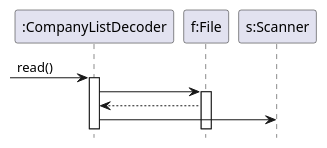
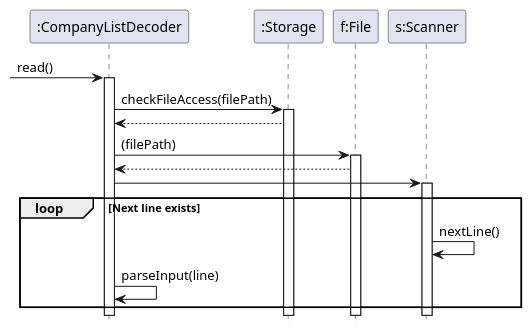
One commit to nus-cs2113-AY2223S2/tp changed the diagram in docs/UML/Decoder.puml. Above: the diagram before and after it, drawn with PlantUML.

Commit message:
Update details of Storage Decoder sequence diagram

```diff
--- a/docs/UML/Decoder.puml
+++ b/docs/UML/Decoder.puml
@@ -1,13 +1,21 @@
 @startuml
 'https://plantuml.com/sequence-diagram
 
 hide footbox
 
  -> ":CompanyListDecoder": read()
      activate ":CompanyListDecoder"
-                ":CompanyListDecoder" -> "f:File":
-                activate "f:File"
-                    "f:File" --> ":CompanyListDecoder"
-                ":CompanyListDecoder" -> "s:Scanner"
+        ":CompanyListDecoder" -> ":Storage" :checkFileAccess(filePath)
+        activate ":Storage"
+        ":Storage" --> ":CompanyListDecoder"
+        ":CompanyListDecoder" -> "f:File" :(filePath)
+        activate "f:File"
+            "f:File" --> ":CompanyListDecoder"
+        ":CompanyListDecoder" -> "s:Scanner"
+        activate "s:Scanner"
+            loop Next line exists
+                "s:Scanner" -> "s:Scanner" : nextLine()
+                ":CompanyListDecoder" -> ":CompanyListDecoder" :parseInput(line)
+            end
 
 @enduml
```
